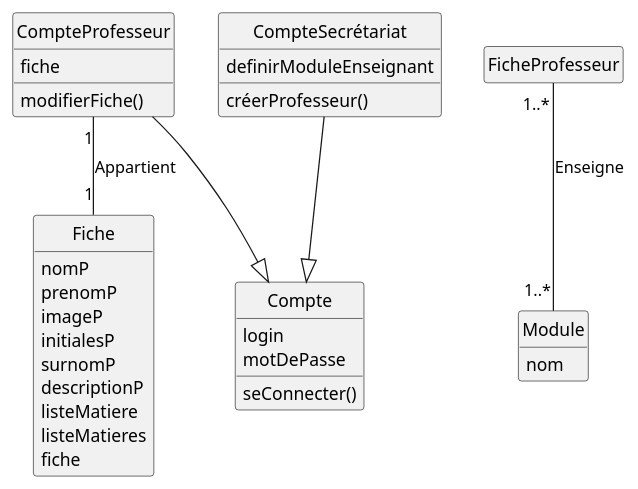
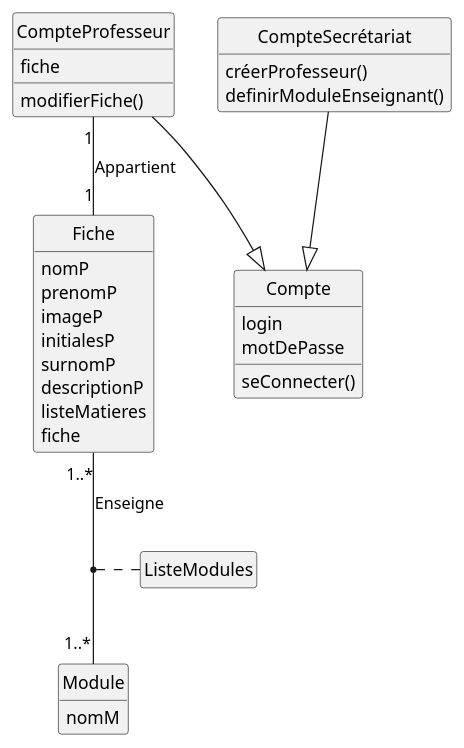
The diagram in analyse/projet/Diagramme des classe probables de l’application/ApplicationClasses.plantuml (IUT-Blagnac/bcoo-retro2021-bcoo-retro2021-g14), drawn with PlantUML before and after one commit.

```diff
--- a/analyse/projet/Diagramme des classe probables de l’application/ApplicationClasses.plantuml
+++ b/analyse/projet/Diagramme des classe probables de l’application/ApplicationClasses.plantuml
@@ -1,76 +1,78 @@
 @startuml ClassesProbables
 '--------------------------------
 ' Parametres pour le dessin
 '--------------------------------
 hide circle
 hide empty members
 hide empty methods
 '--------------------------------
 
 
 '--------------------------------
 'Partie serveur 
 '--------------------------------
 class Fiche 
 {
   nomP
   prenomP
   imageP
   initialesP
   surnomP
   descriptionP
-  listeMatiere
   listeMatieres
   fiche
 
 }
 
 
 
 
 class Module
 {
-    nom
+    nomM
 }
 
 
 
 
 class Compte
 {
     login 
     motDePasse
     
 
     seConnecter()
 }
 
 class CompteProfesseur
 {
    fiche
 
    modifierFiche()
 }
 
 class CompteSecrétariat
 {
    créerProfesseur()
-   definirModuleEnseignant
+   definirModuleEnseignant()
 }
 
 
 
 
 CompteProfesseur --|> Compte
 CompteSecrétariat --|> Compte
 
 
 
-FicheProfesseur "1..*"--"1..*" Module : Enseigne
+Fiche "1..*"--"1..*" Module : Enseigne
 CompteProfesseur "1" -- "1" Fiche : Appartient
+
+
+(Fiche, Module) . ListeModules
 
 
 '---------------------------------
  
 
 @enduml
```
